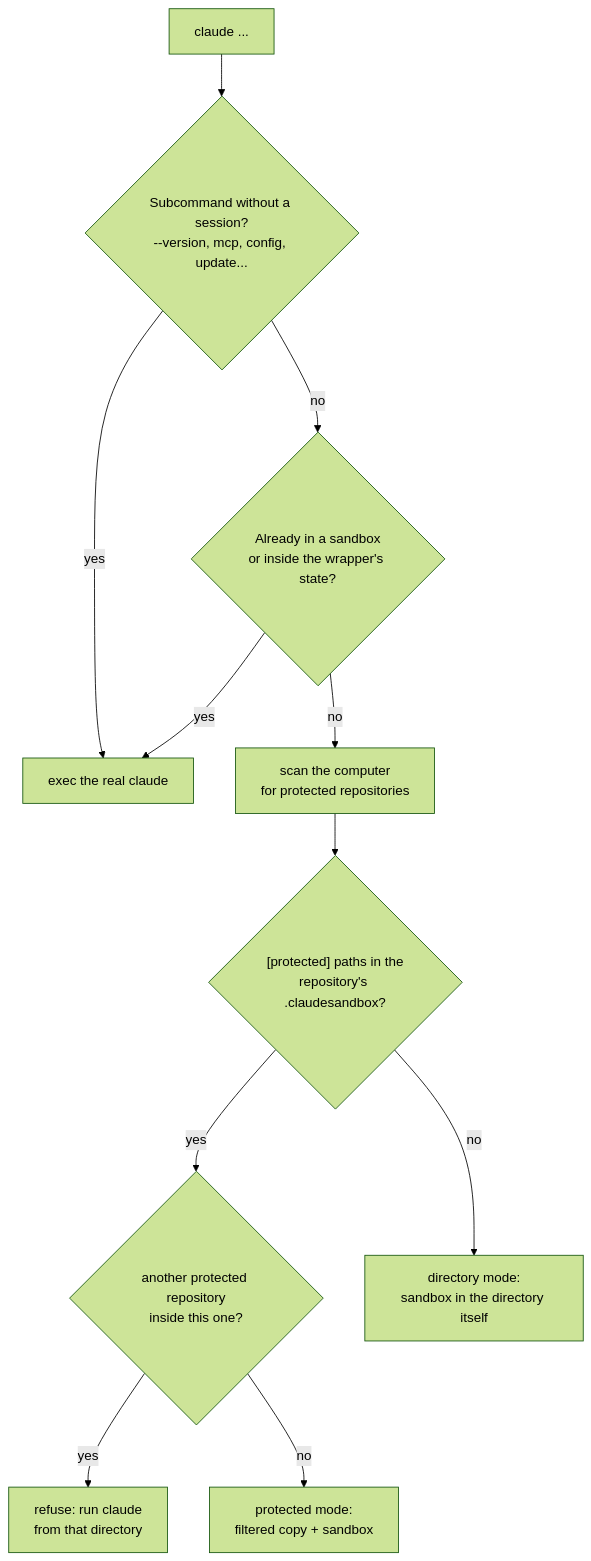
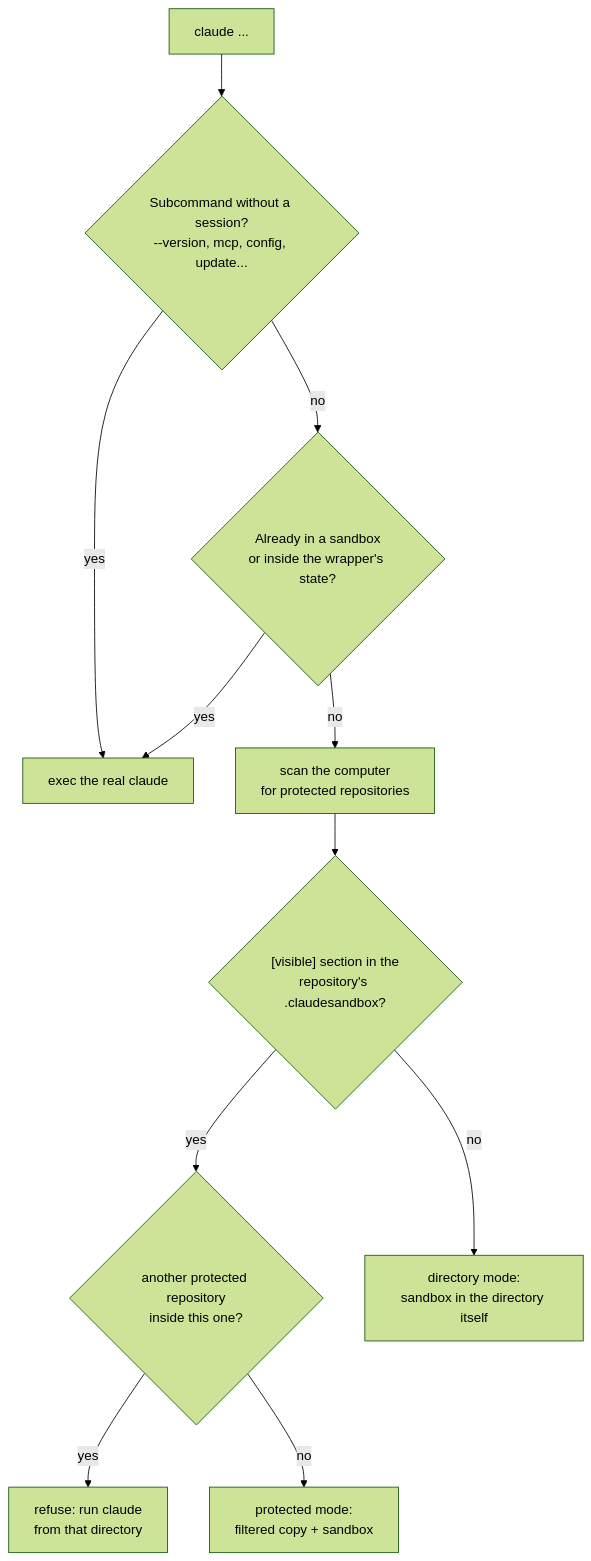
The second of 4 diagrams in docs/ARCHITECTURE.md (Lenstra/claude-secure-sandbox), drawn with Mermaid (forest theme) before and after one commit. The commit also changed other lines of this file and 10 other files, not shown here.

First line of the commit message:
feat: hide everything in a protected repository except its [visible] paths

````diff
--- a/docs/ARCHITECTURE.md
+++ b/docs/ARCHITECTURE.md
@@ -114,13 +114,13 @@
 ```mermaid
 flowchart TD
   start["claude ..."] --> sub{"Subcommand without a session?<br/>--version, mcp, config, update..."}
   sub -- yes --> real["exec the real claude"]
   sub -- no --> inside{"Already in a sandbox<br/>or inside the wrapper's state?"}
   inside -- yes --> real
   inside -- no --> scan["scan the computer<br/>for protected repositories"]
-  scan --> root{"[protected] paths in the<br/>repository's .claudesandbox?"}
+  scan --> root{"[visible] section in the<br/>repository's .claudesandbox?"}
   root -- yes --> nested{"another protected repository<br/>inside this one?"}
   nested -- yes --> refuse["refuse: run claude<br/>from that directory"]
   nested -- no --> protected["protected mode:<br/>filtered copy + sandbox"]
   root -- no --> directory["directory mode:<br/>sandbox in the directory itself"]
 ```
````
